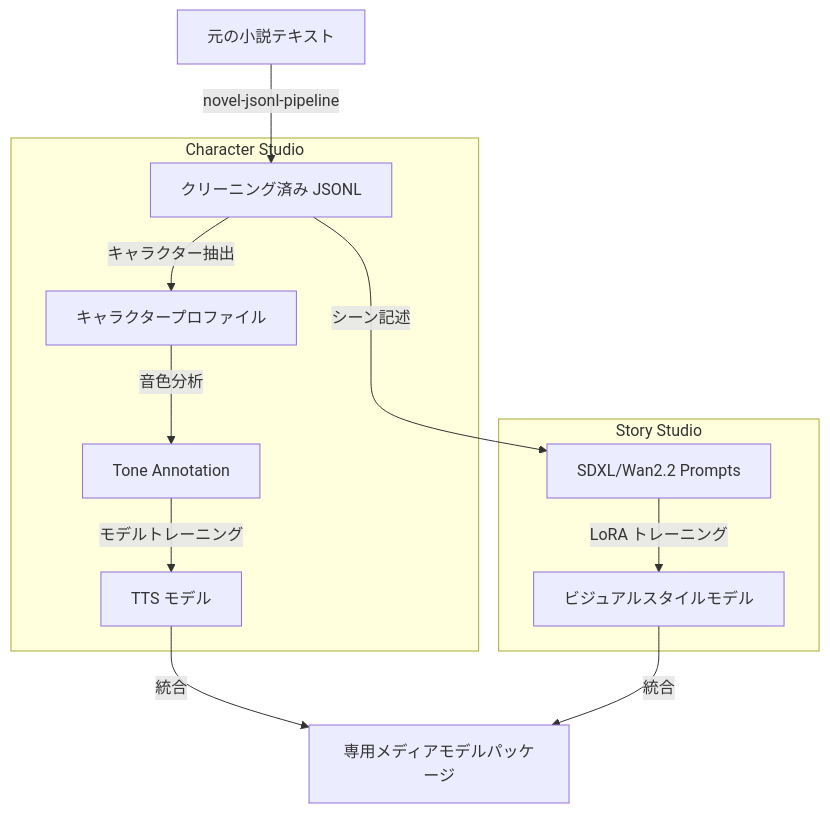
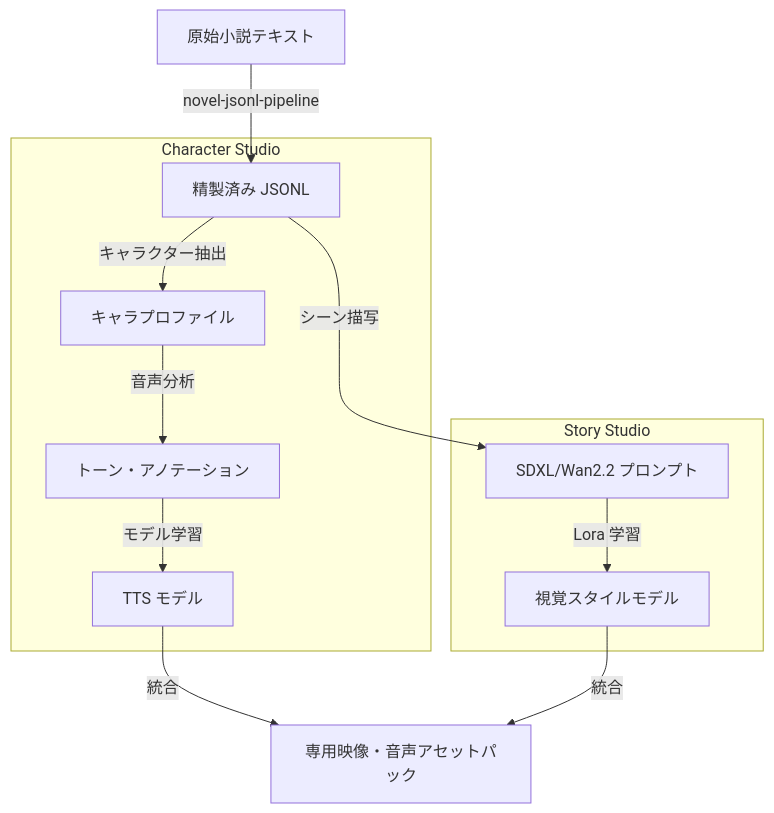
Before and after one commit to AtsushiHarimoto/portfolio: the diagram in public/knowledge/ja/12_diagrams/09.Model_Studio_Integration.md, drawn with Mermaid. The commit also changed other lines of this file and 139 other files, not shown here.

````diff
--- a/public/knowledge/ja/12_diagrams/09.Model_Studio_Integration.md
+++ b/public/knowledge/ja/12_diagrams/09.Model_Studio_Integration.md
@@ -7,17 +11,17 @@
 ```mermaid
 flowchart TD
-    Raw[元の小説テキスト] -->| novel-jsonl-pipeline | Clean[クリーニング済み JSONL]
+    Raw[原始小説テキスト] -->| novel-jsonl-pipeline | Clean[精製済み JSONL]
 
     subgraph "Character Studio"
-        Clean -->|キャラクター抽出| Profiles[キャラクタープロファイル]
-        Profiles -->|音色分析| Tone[Tone Annotation]
-        Tone -->|モデルトレーニング| GPT_SoVITS[TTS モデル]
+        Clean -->|キャラクター抽出| Profiles[キャラプロファイル]
+        Profiles -->|音声分析| Tone[トーン・アノテーション]
+        Tone -->|モデル学習| GPT_SoVITS[TTS モデル]
     end
 
     subgraph "Story Studio"
-        Clean -->|シーン記述| Prompts[SDXL/Wan2.2 Prompts]
-        Prompts -->|LoRA トレーニング| Visual[ビジュアルスタイルモデル]
+        Clean -->|シーン描写| Prompts[SDXL/Wan2.2 プロンプト]
+        Prompts -->|Lora 学習| Visual[視覚スタイルモデル]
     end
 
-    GPT_SoVITS & Visual -->|統合| Final[専用メディアモデルパッケージ]
+    GPT_SoVITS & Visual -->|統合| Final[専用映像・音声アセットパック]
 ```
````
